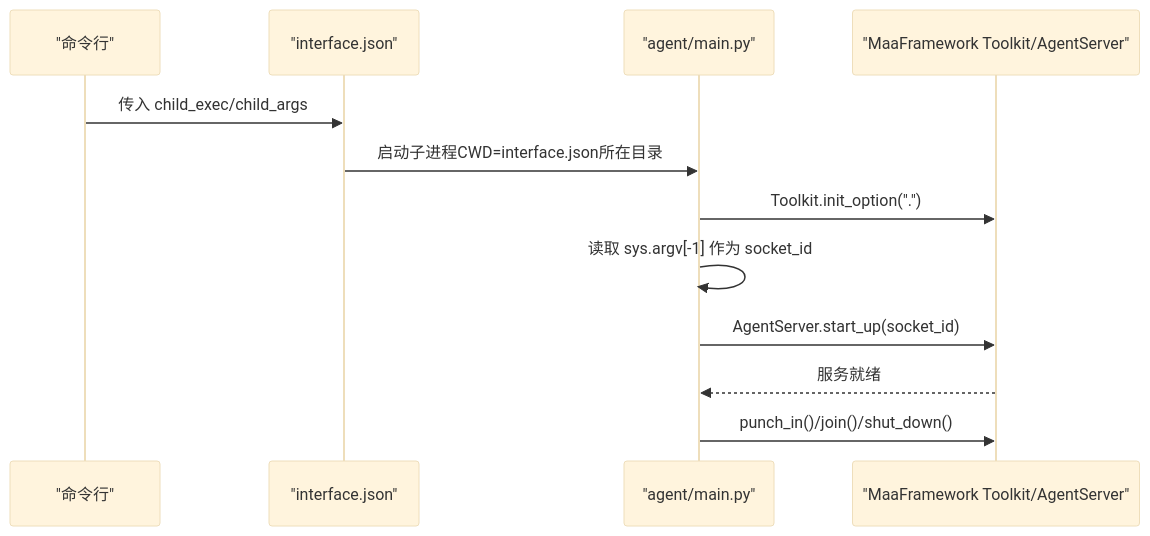
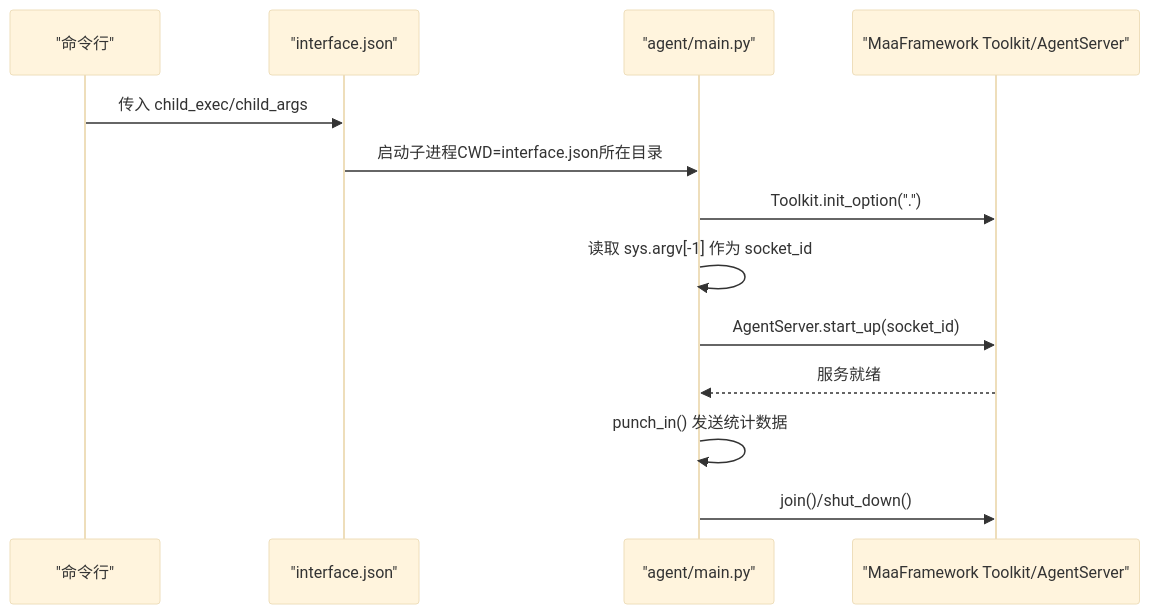
The fifth of 7 diagrams in .qoder/repowiki/zh/content/系统架构与设计/配置体系与资源管理/界面接口配置/界面接口配置.md (kqcoxn/MaaDuDuL), drawn with Mermaid (base theme) before and after one commit. The commit also changed other lines of this file and 9 other files, not shown here.

````diff
--- a/.qoder/repowiki/zh/content/系统架构与设计/配置体系与资源管理/界面接口配置/界面接口配置.md
+++ b/.qoder/repowiki/zh/content/系统架构与设计/配置体系与资源管理/界面接口配置/界面接口配置.md
@@ -190,14 +217,15 @@
 ```mermaid
 sequenceDiagram
 participant CLI as "命令行"
 participant IF as "interface.json"
 participant Py as "agent/main.py"
 participant FW as "MaaFramework Toolkit/AgentServer"
 CLI->>IF : 传入 child_exec/child_args
 IF->>Py : 启动子进程CWD=interface.json所在目录
 Py->>FW : Toolkit.init_option(".")
 Py->>Py : 读取 sys.argv[-1] 作为 socket_id
 Py->>FW : AgentServer.start_up(socket_id)
 FW-->>Py : 服务就绪
-Py->>FW : punch_in()/join()/shut_down()
+Py->>Py : punch_in() 发送统计数据
+Py->>FW : join()/shut_down()
 ```
````
